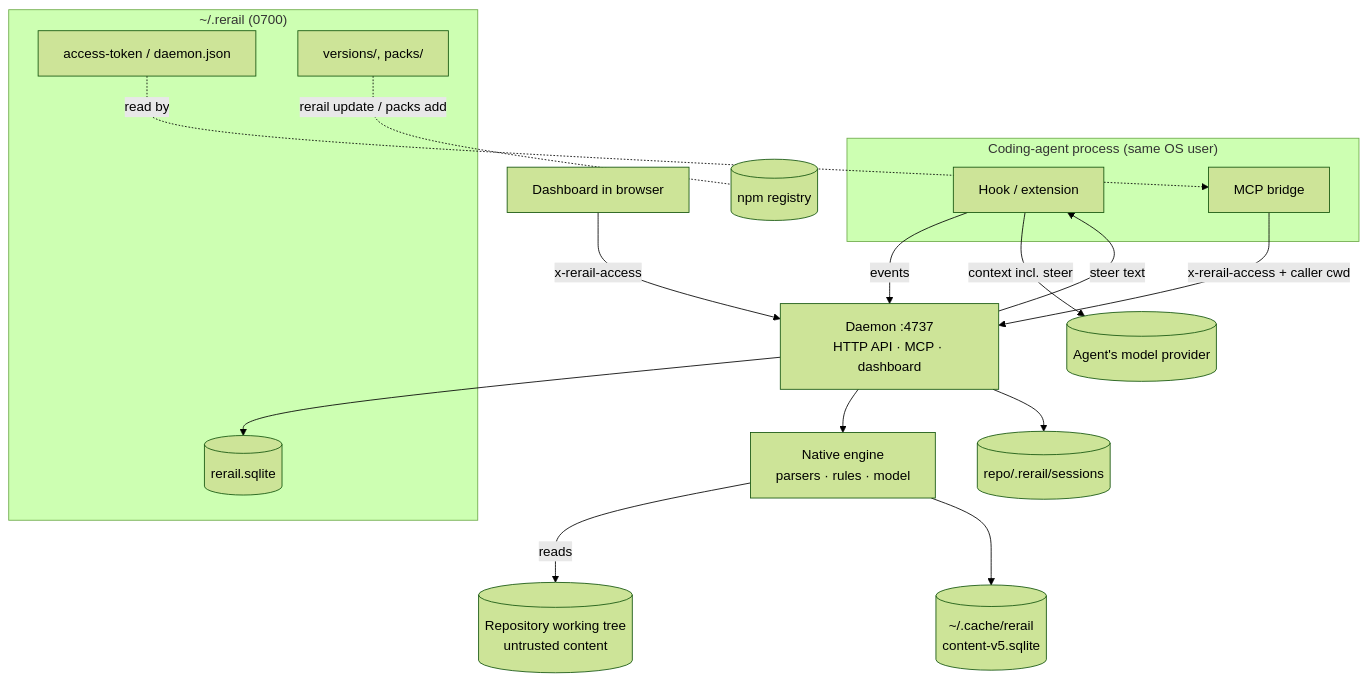
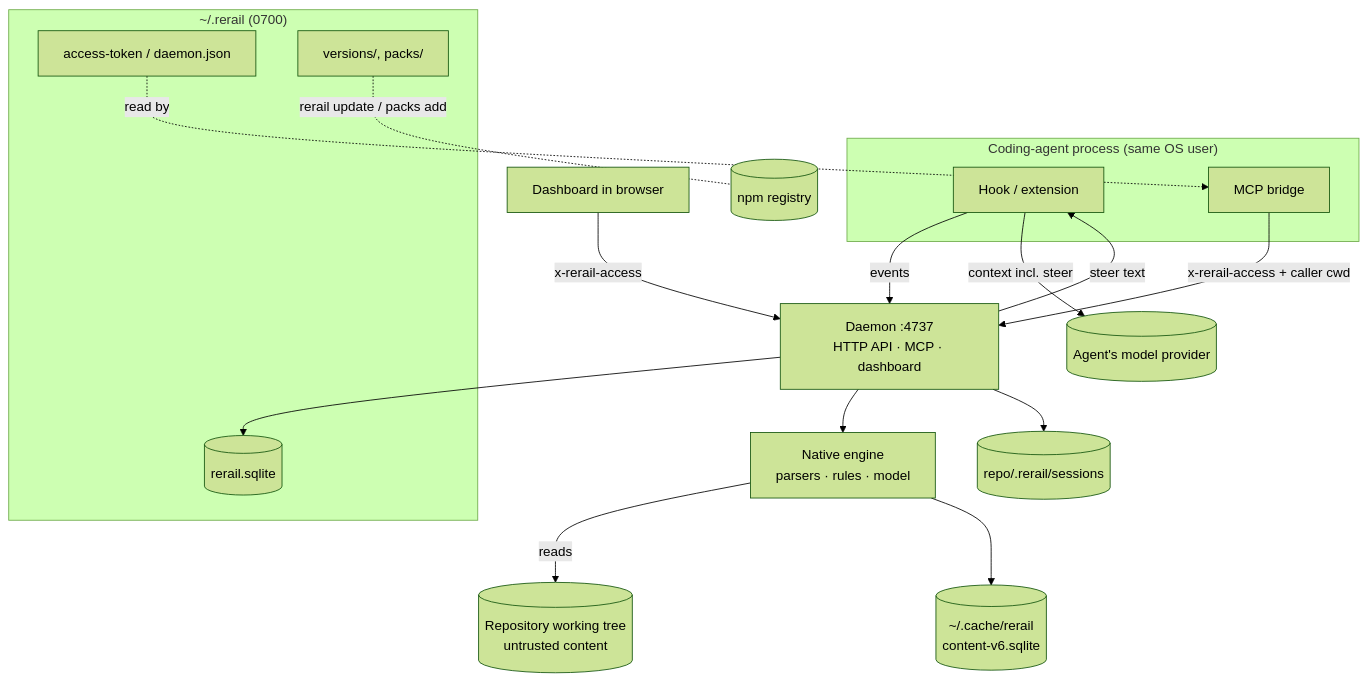
One commit to neralabs/rerail changed the diagram in docs/threat-model.md. Above: the diagram before and after it, drawn with Mermaid (forest theme). The commit also changed other lines of this file and 30 other files, not shown here.

````diff
--- a/docs/threat-model.md
+++ b/docs/threat-model.md
@@ -22,33 +22,33 @@
 ```mermaid
 flowchart TD
   subgraph Agent["Coding-agent process (same OS user)"]
     H[Hook / extension]
     B[MCP bridge]
   end
   Repo[(Repository working tree<br/>untrusted content)]
   subgraph Home["~/.rerail (0700)"]
     DB[(rerail.sqlite)]
     Tok[access-token / daemon.json]
     Ver[versions/, packs/]
   end
-  Cache[(~/.cache/rerail<br/>content-v5.sqlite)]
+  Cache[(~/.cache/rerail<br/>content-v6.sqlite)]
   Ledger[(repo/.rerail/sessions)]
   D[Daemon :4737<br/>HTTP API · MCP · dashboard]
   E[Native engine<br/>parsers · rules · model]
   Browser[Dashboard in browser]
   NPM[(npm registry)]
   Provider[(Agent's model provider)]
 
   H -- events --> D
   B -- x-rerail-access + caller cwd --> D
   Browser -- x-rerail-access --> D
   D --> E
   E -- reads --> Repo
   D --> DB
   D --> Ledger
   E --> Cache
   D -- steer text --> H
   H -- context incl. steer --> Provider
   Ver -. rerail update / packs add .- NPM
   Tok -. read by .-> B
 ```
````
